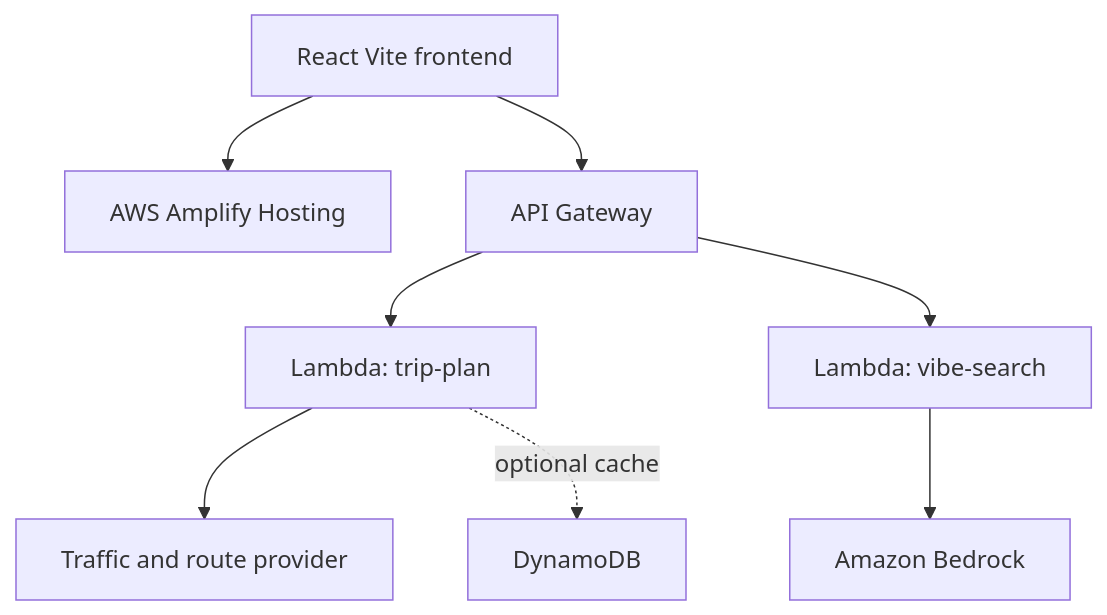
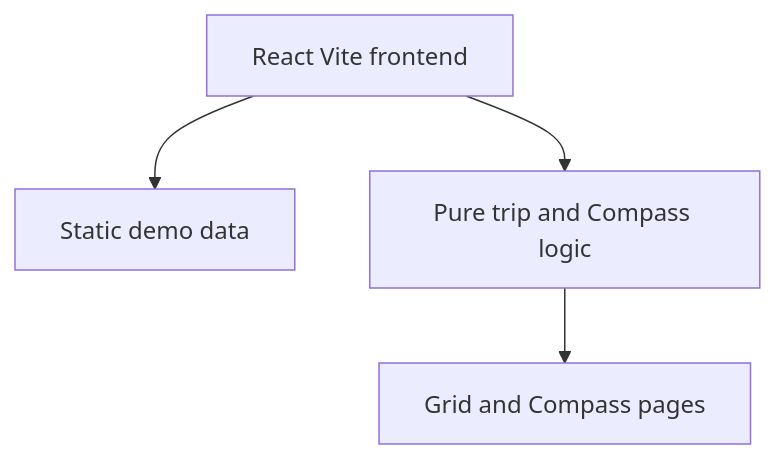
One commit to KhushiChandak04/Project-Namma-Flow changed the diagram in docs/ARCHITECTURE.md. Above: the diagram before and after it, drawn with Mermaid. The commit also changed other lines of this file and 47 other files, not shown here.

````diff
--- a/docs/ARCHITECTURE.md
+++ b/docs/ARCHITECTURE.md
@@ -13,10 +13,6 @@
 ```mermaid
 flowchart TD
-  Browser[React Vite frontend] --> Amplify[AWS Amplify Hosting]
-  Browser --> APIG[API Gateway]
-  APIG --> Trip[Lambda: trip-plan]
-  APIG --> Vibe[Lambda: vibe-search]
-  Trip --> Traffic[Traffic and route provider]
-  Vibe --> Bedrock[Amazon Bedrock]
-  Trip -. optional cache .-> Dynamo[DynamoDB]
+  Browser[React Vite frontend] --> Data[Static demo data]
+  Browser --> Logic[Pure trip and Compass logic]
+  Logic --> UI[Grid and Compass pages]
 ```
````
